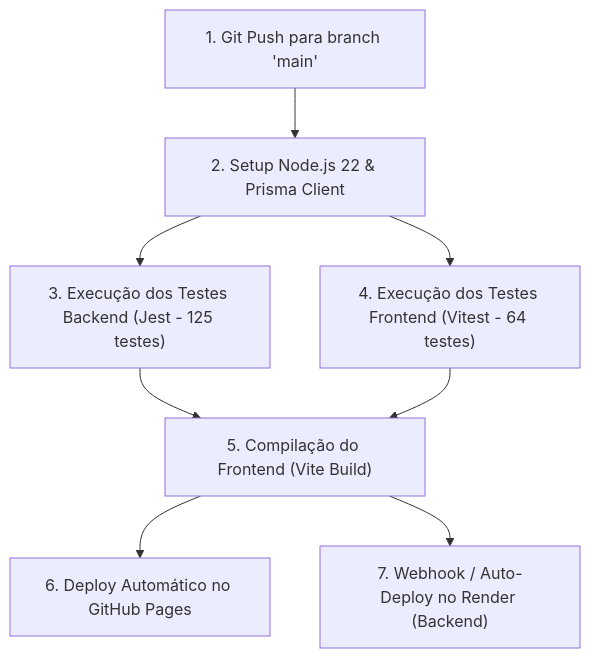
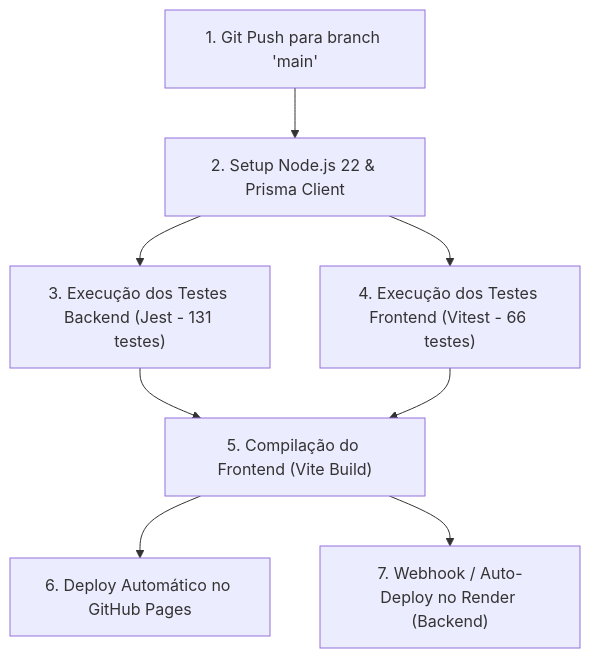
The diagram in exercicio_3_gestao_devops_mvp.md (pfFabio/projeto_teatro), drawn with Mermaid before and after one commit. The commit also changed other lines of this file and 18 other files, not shown here.

Commit message:
fix(comprovantes): aplica correcoes do Ciclo TDD 5 e alinha documentacao ao schema real

````diff
--- a/exercicio_3_gestao_devops_mvp.md
+++ b/exercicio_3_gestao_devops_mvp.md
@@ -172,10 +172,10 @@
 ```mermaid
 flowchart TD
     Push["1. Git Push para branch 'main'"] --> Lint["2. Setup Node.js 22 & Prisma Client"]
-    Lint --> TestBack["3. Execução dos Testes Backend (Jest - 125 testes)"]
-    Lint --> TestFront["4. Execução dos Testes Frontend (Vitest - 64 testes)"]
+    Lint --> TestBack["3. Execução dos Testes Backend (Jest - 131 testes)"]
+    Lint --> TestFront["4. Execução dos Testes Frontend (Vitest - 66 testes)"]
     TestBack --> Build["5. Compilação do Frontend (Vite Build)"]
     TestFront --> Build
     Build --> DeployGH["6. Deploy Automático no GitHub Pages"]
     Build --> DeployRender["7. Webhook / Auto-Deploy no Render (Backend)"]
 ```
````
